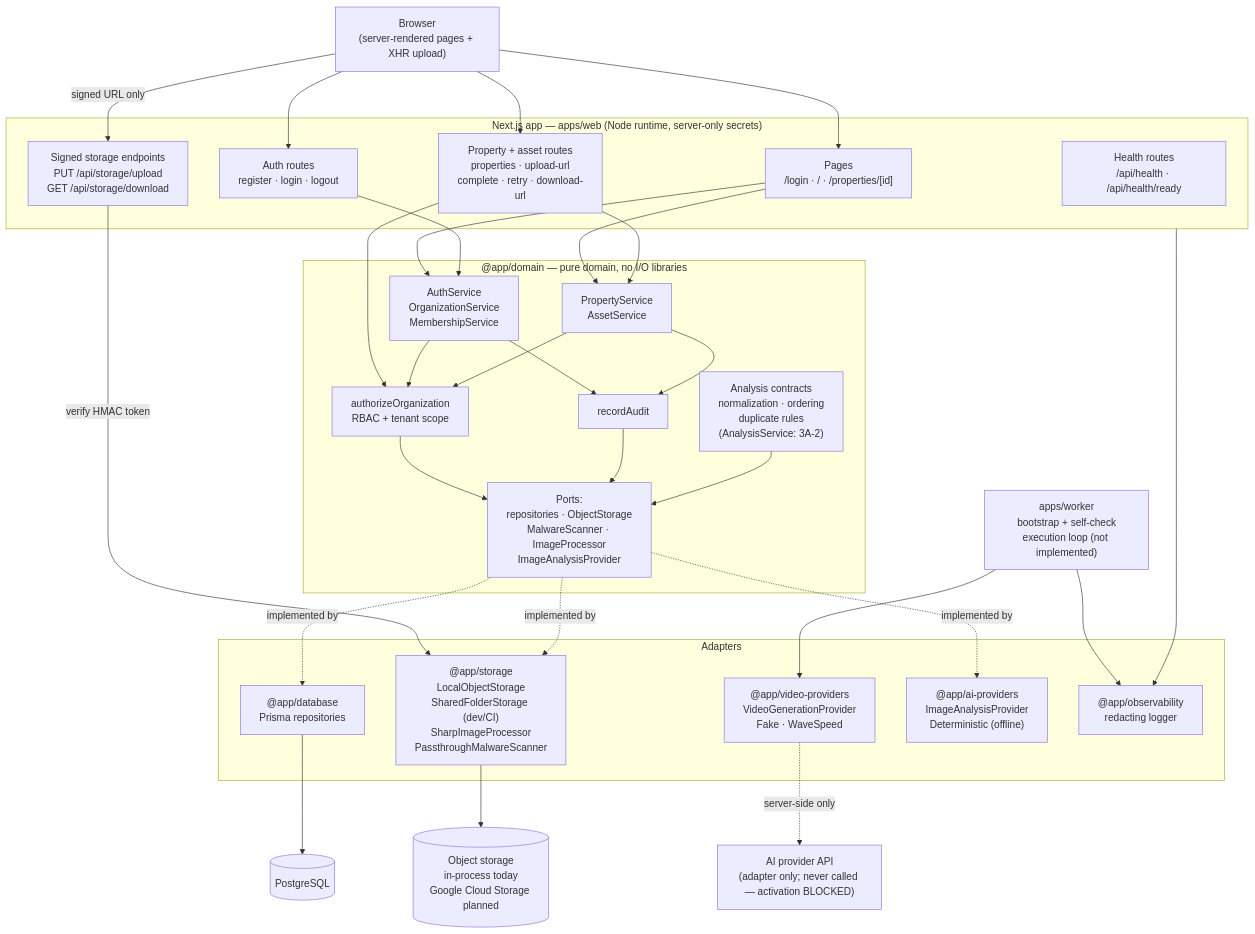
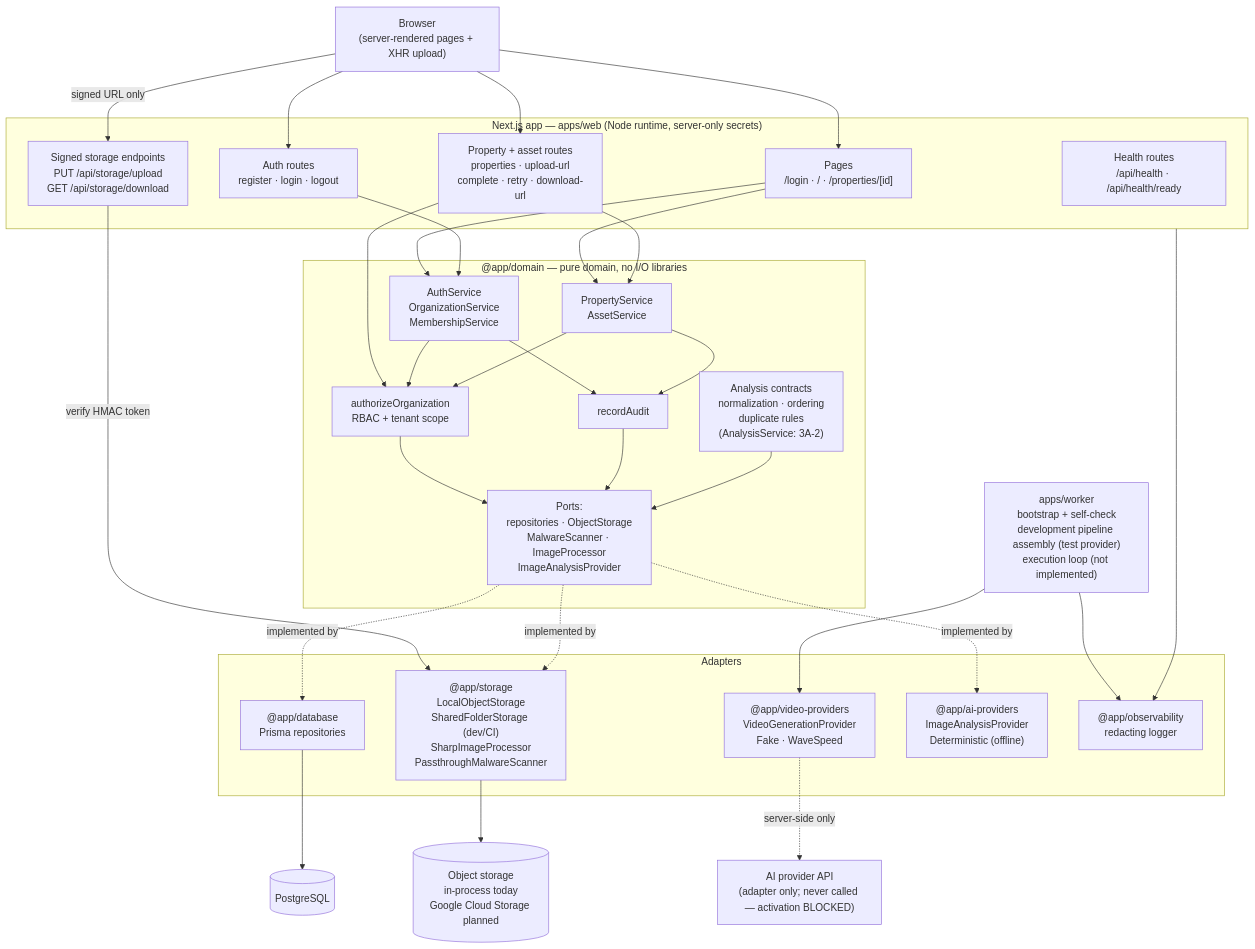
Before and after one commit to TakeTouhu/Real-Estate-Listing-Concept-Video: the diagram in docs/architecture.md, drawn with Mermaid. The commit also changed other lines of this file and 25 other files, not shown here.

First line of the commit message:
GS-9b-1: the development pipeline's assembly (ADR-0106)

````diff
--- a/docs/architecture.md
+++ b/docs/architecture.md
@@ -12,66 +12,66 @@
 ```mermaid
 flowchart TB
   browser["Browser<br/>(server-rendered pages + XHR upload)"]
 
   subgraph web["Next.js app — apps/web (Node runtime, server-only secrets)"]
     pages["Pages<br/>/login · / · /properties/[id]"]
     authapi["Auth routes<br/>register · login · logout"]
     propapi["Property + asset routes<br/>properties · upload-url<br/>complete · retry · download-url"]
     storageapi["Signed storage endpoints<br/>PUT /api/storage/upload<br/>GET /api/storage/download"]
     health["Health routes<br/>/api/health · /api/health/ready"]
   end
 
   subgraph domain["@app/domain — pure domain, no I/O libraries"]
     identitysvc["AuthService<br/>OrganizationService<br/>MembershipService"]
     propsvc["PropertyService<br/>AssetService"]
     anasvc["Analysis contracts<br/>normalization · ordering<br/>duplicate rules<br/>(AnalysisService: 3A-2)"]
     authz["authorizeOrganization<br/>RBAC + tenant scope"]
     audit["recordAudit"]
     ports["Ports:<br/>repositories · ObjectStorage<br/>MalwareScanner · ImageProcessor<br/>ImageAnalysisProvider"]
   end
 
   subgraph adapters["Adapters"]
     db["@app/database<br/>Prisma repositories"]
     store["@app/storage<br/>LocalObjectStorage<br/>SharedFolderStorage (dev/CI)<br/>SharpImageProcessor<br/>PassthroughMalwareScanner"]
     vp["@app/video-providers<br/>VideoGenerationProvider<br/>Fake · WaveSpeed"]
     aip["@app/ai-providers<br/>ImageAnalysisProvider<br/>Deterministic (offline)"]
     obs["@app/observability<br/>redacting logger"]
   end
 
   pg[("PostgreSQL")]
   objects[("Object storage<br/>in-process today<br/>Google Cloud Storage planned")]
   wavespeed["AI provider API<br/>(adapter only; never called — activation BLOCKED)"]
 
-  worker["apps/worker<br/>bootstrap + self-check<br/>execution loop (not implemented)"]
+  worker["apps/worker<br/>bootstrap + self-check<br/>development pipeline assembly (test provider)<br/>execution loop (not implemented)"]
 
   browser --> pages
   browser --> authapi
   browser --> propapi
   browser -- "signed URL only" --> storageapi
 
   pages --> identitysvc
   pages --> propsvc
   authapi --> identitysvc
   propapi --> propsvc
   propapi --> authz
   storageapi -- "verify HMAC token" --> store
 
   identitysvc --> authz
   propsvc --> authz
   identitysvc --> audit
   propsvc --> audit
   authz --> ports
   audit --> ports
 
   ports -.implemented by.-> db
   ports -.implemented by.-> store
   ports -.implemented by.-> aip
   anasvc --> ports
 
   db --> pg
   store --> objects
   worker --> vp
   vp -.server-side only.-> wavespeed
   web --> obs
   worker --> obs
 ```
````
